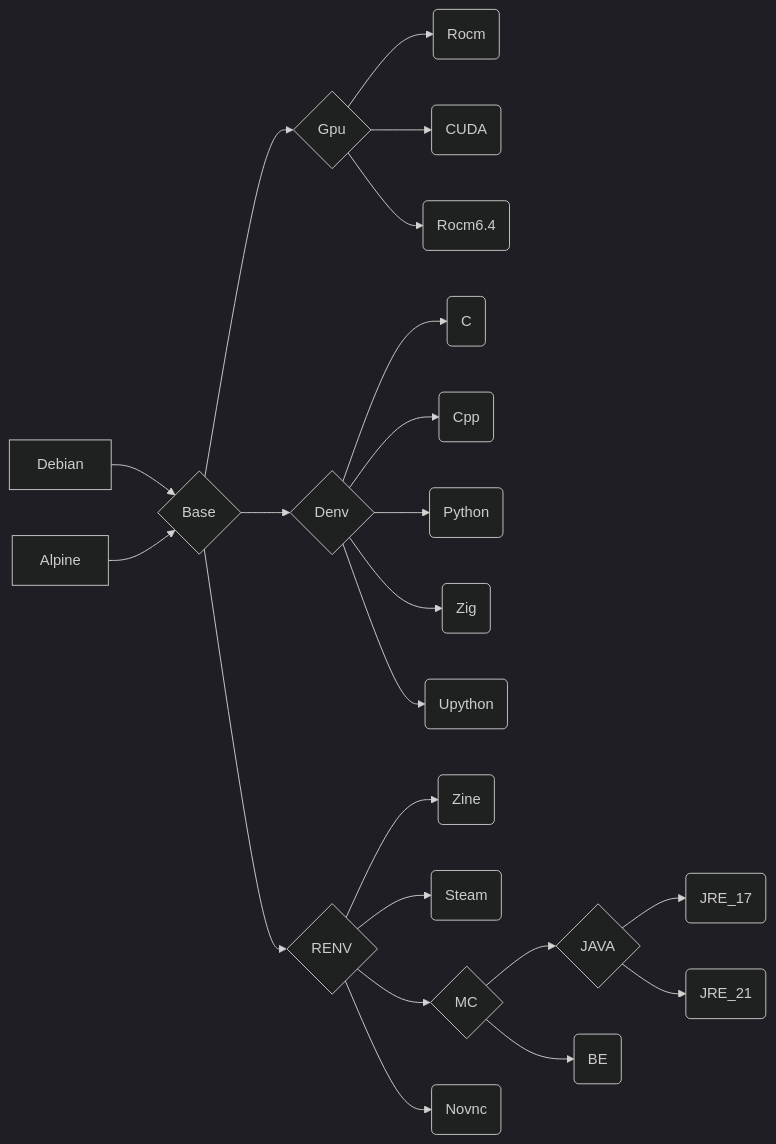
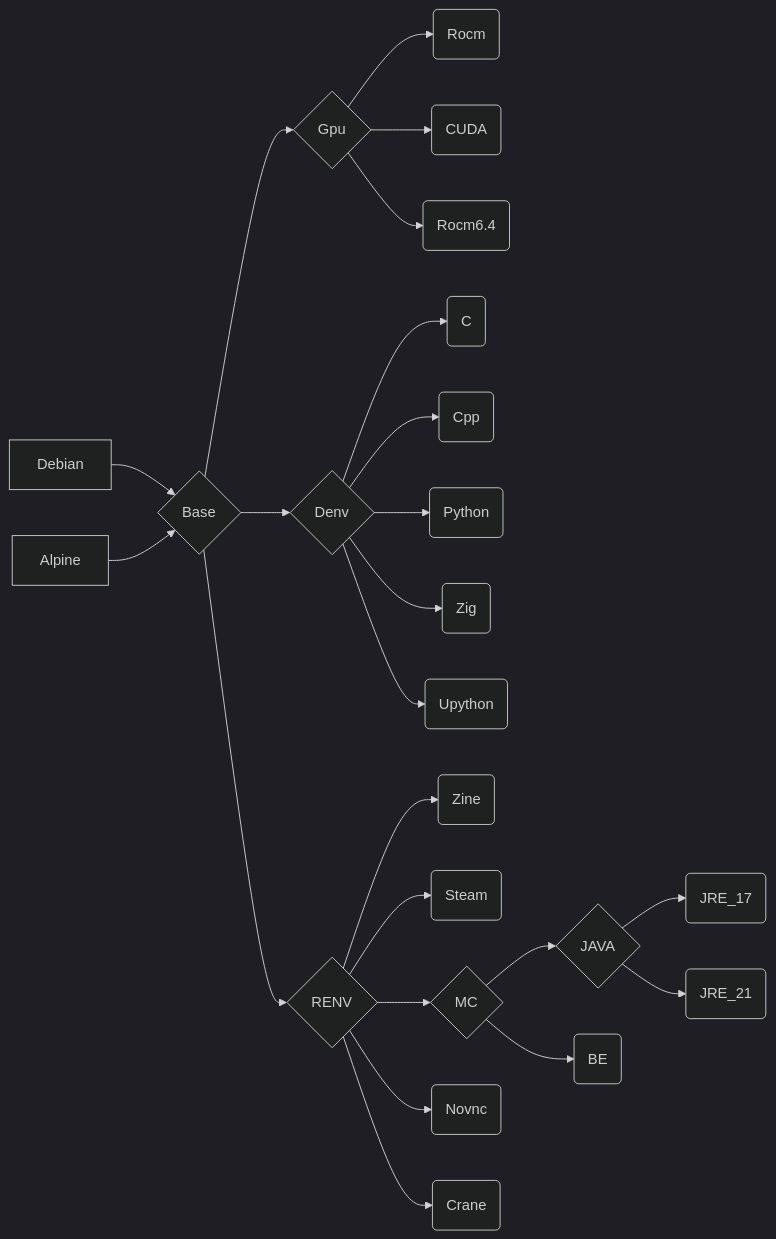
Before and after one commit to eoeair/cenv: the diagram in README.md, drawn with Mermaid (dark theme). The commit also changed other lines of this file and 5 other files, not shown here.

````diff
--- a/README.md
+++ b/README.md
@@ -63,26 +64,27 @@
 ```mermaid
 graph LR
 Debian-->B{Base}
 Alpine-->B
  
 B-->G{Gpu}-->GA(Rocm)
 G-->GB(CUDA)
 G-->GC(Rocm6.4)
 
 B-->D{Denv}
 D-->DA(C)
 D-->DB(Cpp)
 D-->DC(Python)
 D-->DD(Zig)
 D-->DE(Upython)
 
 B-->R{RENV}
 R-->RA(Zine)
 R-->RB(Steam)
 R-->RC{MC}
 RC-->RCA{JAVA}
 RC-->RCB(BE)
 RCA-->RCAA(JRE_17)
 RCA-->RCAB(JRE_21)
 R-->RD(Novnc)
+R-->RE(Crane)
 ```
````
